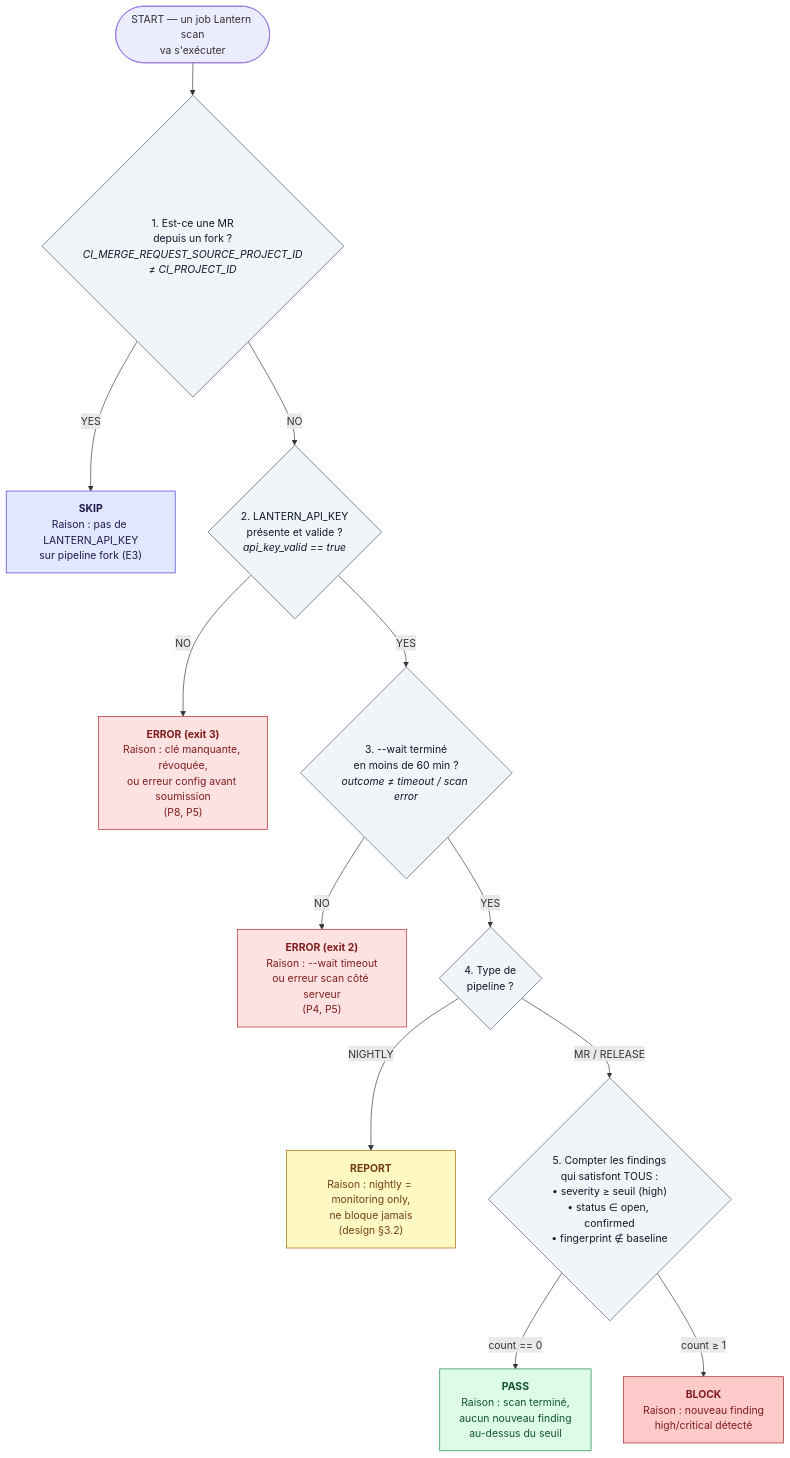
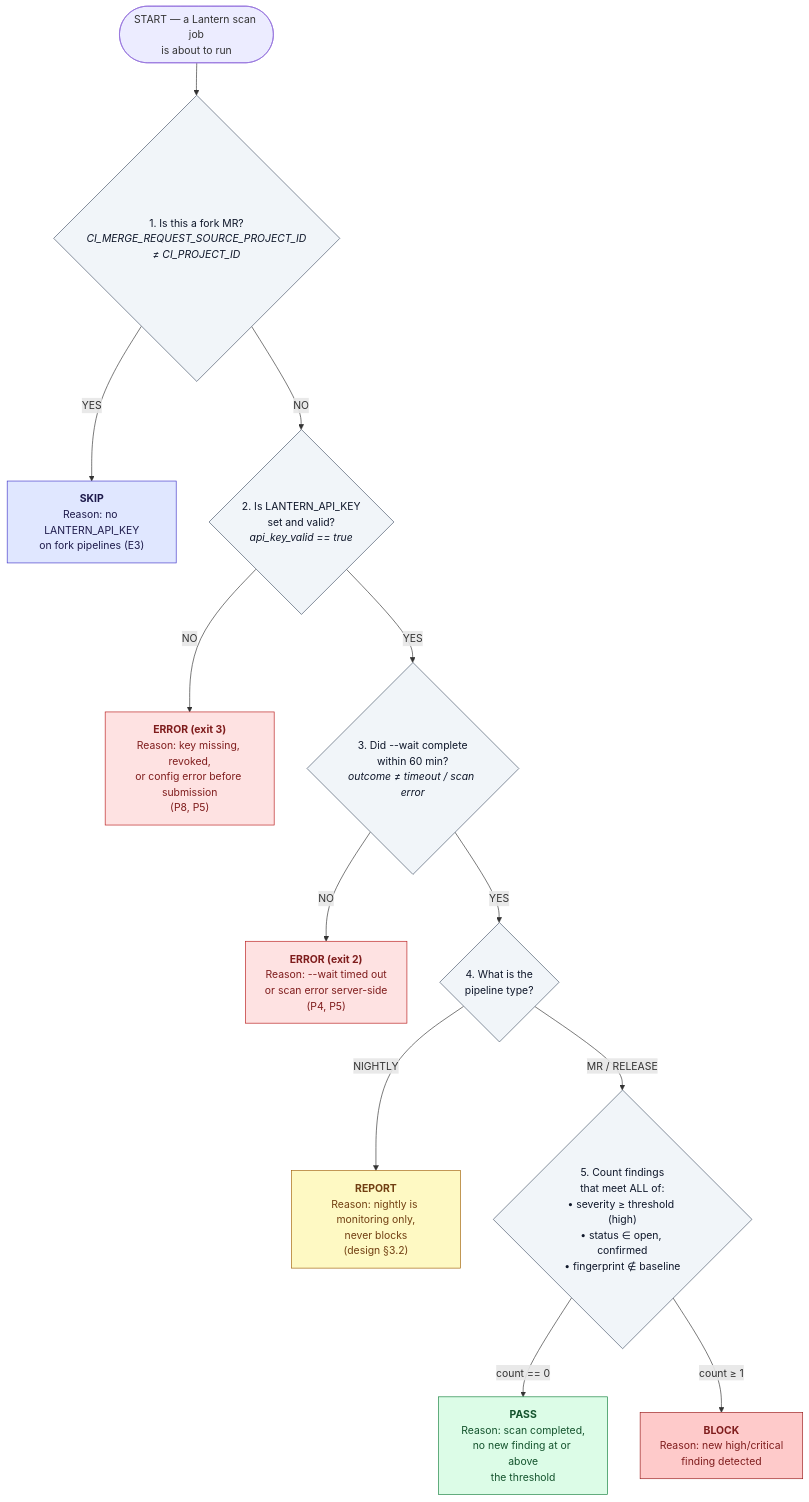
One commit to Ayoub-glitsh/lantern-kestrel-presales-assessment changed the diagram in gate_decision_table.md. Above: the diagram before and after it, drawn with Mermaid.

Commit message:
Translate flowchart text from French to English

````diff
--- a/gate_decision_table.md
+++ b/gate_decision_table.md
@@ -38,42 +38,41 @@
 ```mermaid
+flowchart TB
+    START(["START — a Lantern scan job<br/>is about to run"])
 
-flowchart TB
-    START(["START — un job Lantern scan<br/>va s'exécuter"])
+    START --> Q1{"1. Is this a fork MR?<br/><i>CI_MERGE_REQUEST_SOURCE_PROJECT_ID<br/>≠ CI_PROJECT_ID</i>"}
 
-    START --> Q1{"1. Est-ce une MR<br/>depuis un fork ?<br/><i>CI_MERGE_REQUEST_SOURCE_PROJECT_ID<br/>≠ CI_PROJECT_ID</i>"}
+    Q1 -- "YES" --> SKIP["<b>SKIP</b><br/>Reason: no LANTERN_API_KEY<br/>on fork pipelines (E3)"]
 
-    Q1 -- "YES" --> SKIP["<b>SKIP</b><br/>Raison : pas de LANTERN_API_KEY<br/>sur pipeline fork (E3)"]
+    Q1 -- "NO" --> Q2{"2. Is LANTERN_API_KEY<br/>set and valid?<br/><i>api_key_valid == true</i>"}
 
-    Q1 -- "NO" --> Q2{"2. LANTERN_API_KEY<br/>présente et valide ?<br/><i>api_key_valid == true</i>"}
+    Q2 -- "NO" --> ERR3["<b>ERROR (exit 3)</b><br/>Reason: key missing, revoked,<br/>or config error before submission<br/>(P8, P5)"]
 
-    Q2 -- "NO" --> ERR3["<b>ERROR (exit 3)</b><br/>Raison : clé manquante, révoquée,<br/>ou erreur config avant soumission<br/>(P8, P5)"]
+    Q2 -- "YES" --> Q3{"3. Did --wait complete<br/>within 60 min?<br/><i>outcome ≠ timeout / scan error</i>"}
 
-    Q2 -- "YES" --> Q3{"3. --wait terminé<br/>en moins de 60 min ?<br/><i>outcome ≠ timeout / scan error</i>"}
+    Q3 -- "NO" --> ERR2["<b>ERROR (exit 2)</b><br/>Reason: --wait timed out<br/>or scan error server-side<br/>(P4, P5)"]
 
-    Q3 -- "NO" --> ERR2["<b>ERROR (exit 2)</b><br/>Raison : --wait timeout<br/>ou erreur scan côté serveur<br/>(P4, P5)"]
+    Q3 -- "YES" --> Q4{"4. What is the<br/>pipeline type?"}
 
-    Q3 -- "YES" --> Q4{"4. Type de<br/>pipeline ?"}
+    Q4 -- "NIGHTLY" --> REPORT["<b>REPORT</b><br/>Reason: nightly is monitoring only,<br/>never blocks<br/>(design §3.2)"]
 
-    Q4 -- "NIGHTLY" --> REPORT["<b>REPORT</b><br/>Raison : nightly = monitoring only,<br/>ne bloque jamais<br/>(design §3.2)"]
+    Q4 -- "MR / RELEASE" --> Q5{"5. Count findings<br/>that meet ALL of:<br/>• severity ≥ threshold (high)<br/>• status ∈ open, confirmed<br/>• fingerprint ∉ baseline"}
 
-    Q4 -- "MR / RELEASE" --> Q5{"5. Compter les findings<br/>qui satisfont TOUS :<br/>• severity ≥ seuil (high)<br/>• status ∈ open, confirmed<br/>• fingerprint ∉ baseline"}
+    Q5 -- "count == 0" --> PASS["<b>PASS</b><br/>Reason: scan completed,<br/>no new finding at or above<br/>the threshold"]
 
-    Q5 -- "count == 0" --> PASS["<b>PASS</b><br/>Raison : scan terminé,<br/>aucun nouveau finding<br/>au-dessus du seuil"]
-
-    Q5 -- "count ≥ 1" --> BLOCK["<b>BLOCK</b><br/>Raison : nouveau finding<br/>high/critical détecté"]
+    Q5 -- "count ≥ 1" --> BLOCK["<b>BLOCK</b><br/>Reason: new high/critical<br/>finding detected"]
 
     %% Styles
     classDef skip    fill:#e0e7ff,stroke:#4338ca,color:#1e1b4b
     classDef err     fill:#fee2e2,stroke:#b91c1c,color:#7f1d1d
     classDef report  fill:#fef9c3,stroke:#a16207,color:#713f12
     classDef pass    fill:#dcfce7,stroke:#15803d,color:#14532d
     classDef block   fill:#fecaca,stroke:#991b1b,color:#7f1d1d
     classDef q       fill:#f1f5f9,stroke:#475569,color:#0f172a
 
     class SKIP skip
     class ERR2,ERR3 err
     class REPORT report
     class PASS pass
     class BLOCK block
     class Q1,Q2,Q3,Q4,Q5 q
 ```
````
